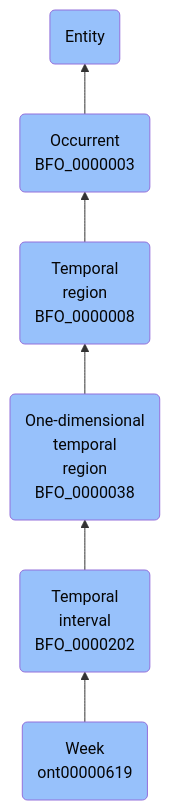
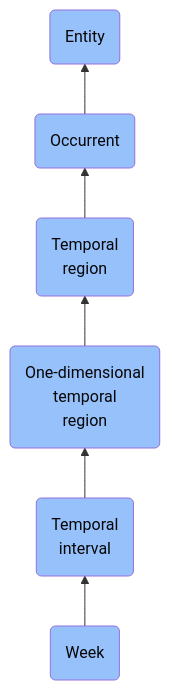
Before and after one commit to jupyter-naas/abi: the diagram in docs/ontology/reference/model/Entity/Occurrent/Temporal region/One-dimensional temporal region/Temporal interval/Week/Week.md, drawn with Mermaid. The commit also changed other lines of this file and 1430 other files, not shown here.

````diff
--- a/docs/ontology/reference/model/Entity/Occurrent/Temporal region/One-dimensional temporal region/Temporal interval/Week/Week.md
+++ b/docs/ontology/reference/model/Entity/Occurrent/Temporal region/One-dimensional temporal region/Temporal interval/Week/Week.md
@@ -24,13 +24,13 @@
 ```mermaid
 graph BT
-    ont00000619(Week<br>ont00000619):::BFO-->BFO_0000202
-    BFO_0000202(Temporal<br>interval<br>BFO_0000202):::BFO-->BFO_0000038
-    BFO_0000038(One-dimensional<br>temporal<br>region<br>BFO_0000038):::BFO-->BFO_0000008
-    BFO_0000008(Temporal<br>region<br>BFO_0000008):::BFO-->BFO_0000003
-    BFO_0000003(Occurrent<br>BFO_0000003):::BFO-->BFO_0000001
+    ont00000619(Week):::BFO-->BFO_0000202
+    BFO_0000202(Temporal<br>interval):::BFO-->BFO_0000038
+    BFO_0000038(One-dimensional<br>temporal<br>region):::BFO-->BFO_0000008
+    BFO_0000008(Temporal<br>region):::BFO-->BFO_0000003
+    BFO_0000003(Occurrent):::BFO-->BFO_0000001
     BFO_0000001(Entity):::BFO
     
     classDef BFO fill:#97c1fb,color:#060606
     classDef CCO fill:#e4c51e,color:#060606
     classDef ABI fill:#48DD82,color:#060606
 ```
````
